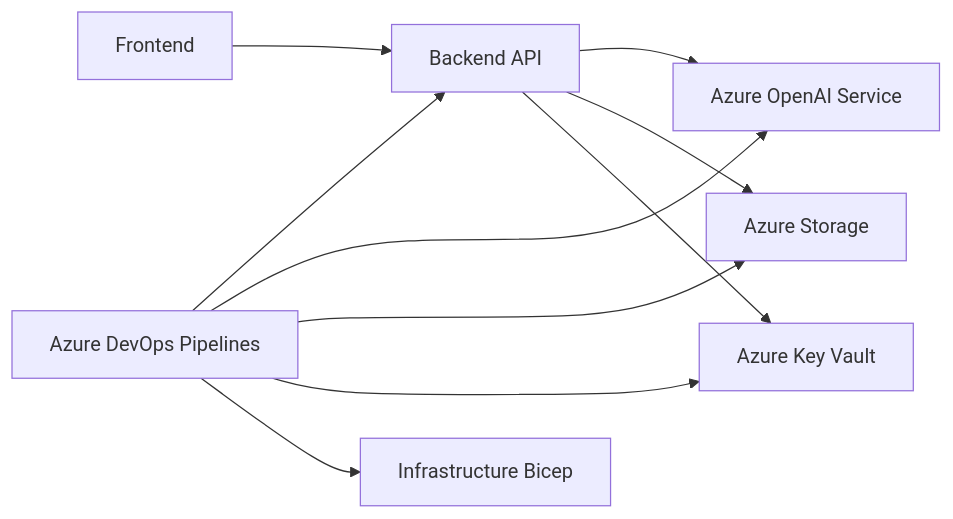
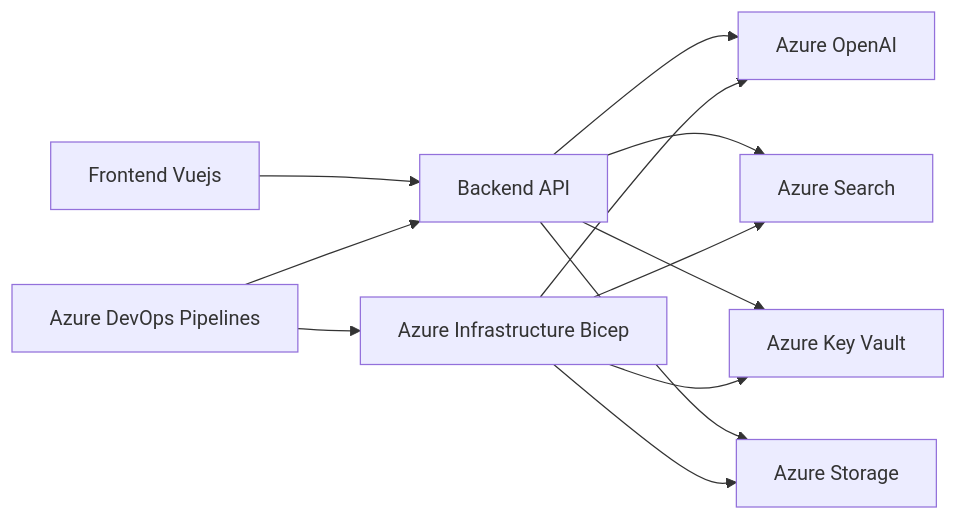
One commit to deepakgarg1986/MultiAgent changed the diagram in docs/architecture/overview.md. Above: the diagram before and after it, drawn with Mermaid. The commit also changed other lines of this file and 4 other files, not shown here.

````diff
--- a/docs/architecture/overview.md
+++ b/docs/architecture/overview.md
@@ -15,12 +11,14 @@
 ```mermaid
 graph LR
-    A[Frontend] --> B[Backend API];
-    B --> C[Azure OpenAI Service];
-    B --> D[Azure Storage];
+    A[Frontend Vuejs] --> B[Backend API];
+    B --> C[Azure OpenAI];
+    B --> D[Azure Search];
     B --> E[Azure Key Vault];
-    F[Azure DevOps Pipelines] --> B;
-    F --> C;
-    F --> D;
-    F --> E;
-    F --> G[Infrastructure Bicep];
+    B --> F[Azure Storage];
+    G[Azure DevOps Pipelines] --> B;
+    G --> H[Azure Infrastructure Bicep];
+    H --> C;
+    H --> D;
+    H --> E;
+    H --> F;
 ```
````
